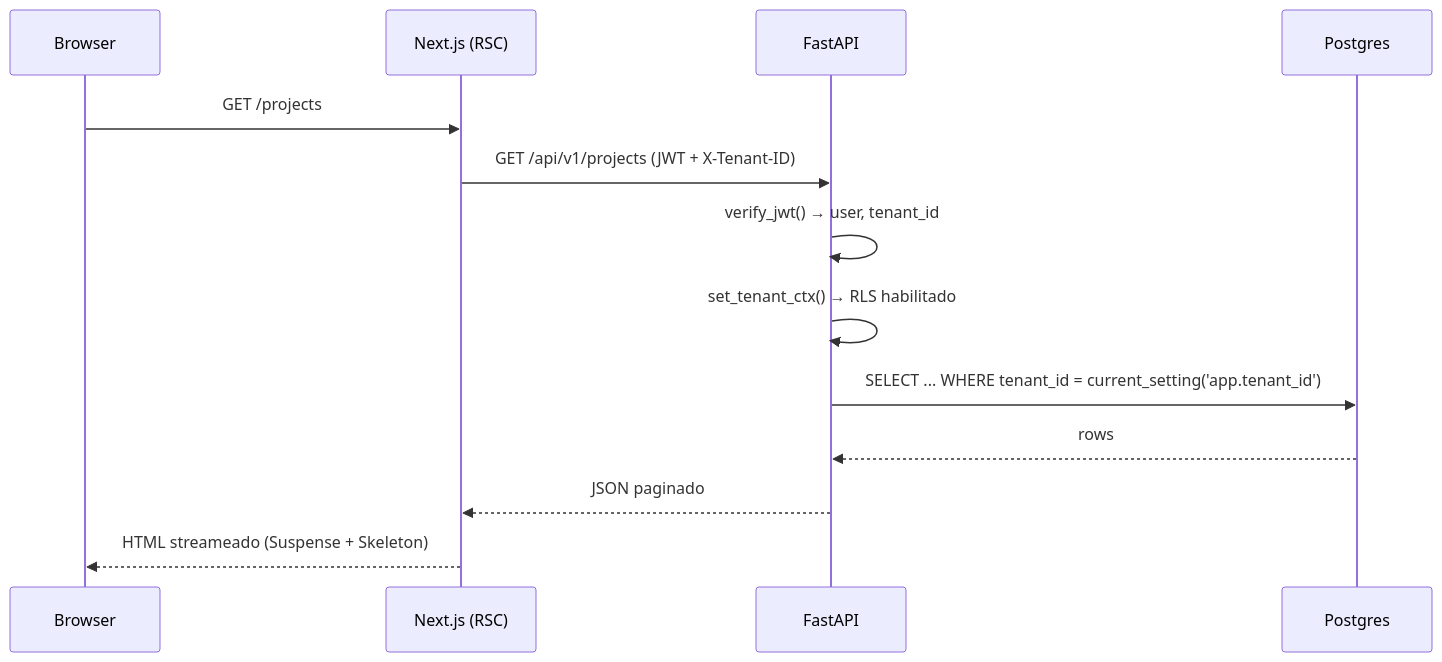
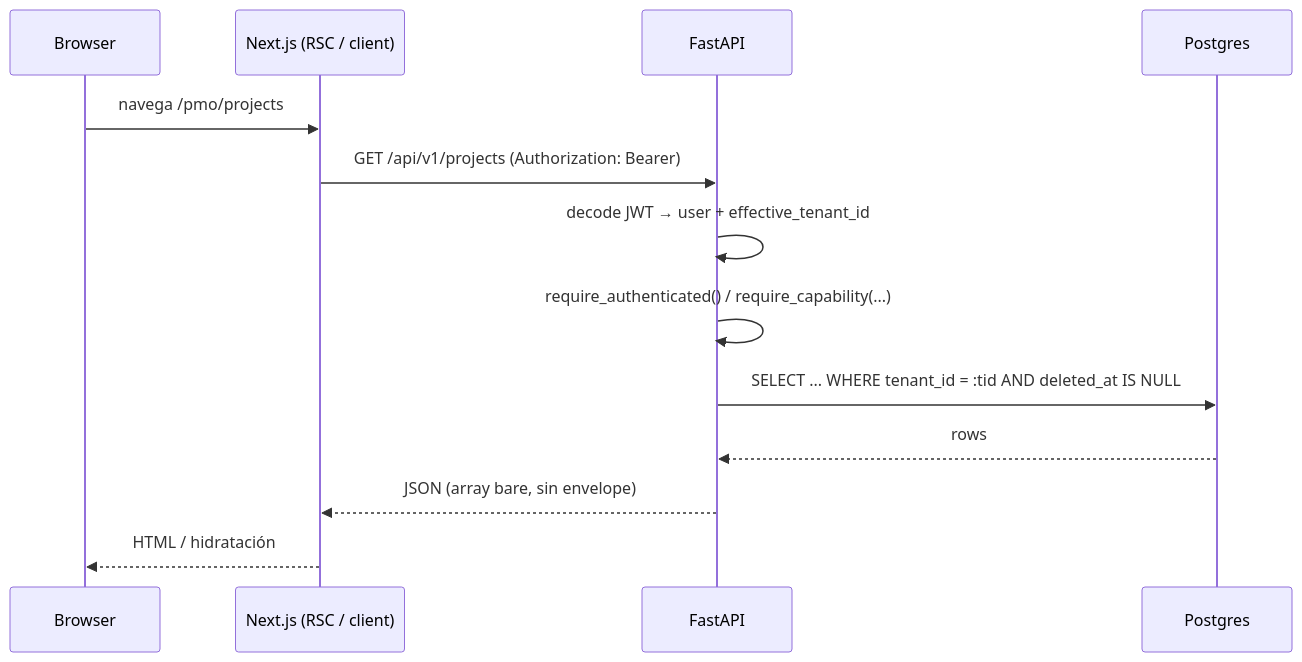
Before and after one commit to xguilxr/pmo_aas: the fourth of 6 diagrams in docs/architecture/README.md, drawn with Mermaid. The commit also changed other lines of this file and 6 other files, not shown here.

First line of the commit message:
docs(arch): reescribe architecture/ contra código real

````diff
--- a/docs/architecture/README.md
+++ b/docs/architecture/README.md
@@ -107,16 +163,16 @@
 ```mermaid
 sequenceDiagram
     participant U as Browser
-    participant W as Next.js (RSC)
+    participant W as Next.js (RSC / client)
     participant A as FastAPI
     participant D as Postgres
 
-    U->>W: GET /projects
-    W->>A: GET /api/v1/projects (JWT + X-Tenant-ID)
-    A->>A: verify_jwt() → user, tenant_id
-    A->>A: set_tenant_ctx() → RLS habilitado
-    A->>D: SELECT ... WHERE tenant_id = current_setting('app.tenant_id')
+    U->>W: navega /pmo/projects
+    W->>A: GET /api/v1/projects (Authorization: Bearer)
+    A->>A: decode JWT → user + effective_tenant_id
+    A->>A: require_authenticated() / require_capability(...)
+    A->>D: SELECT ... WHERE tenant_id = :tid AND deleted_at IS NULL
     D-->>A: rows
-    A-->>W: JSON paginado
-    W-->>U: HTML streameado (Suspense + Skeleton)
+    A-->>W: JSON (array bare, sin envelope)
+    W-->>U: HTML / hidratación
 ```
````
